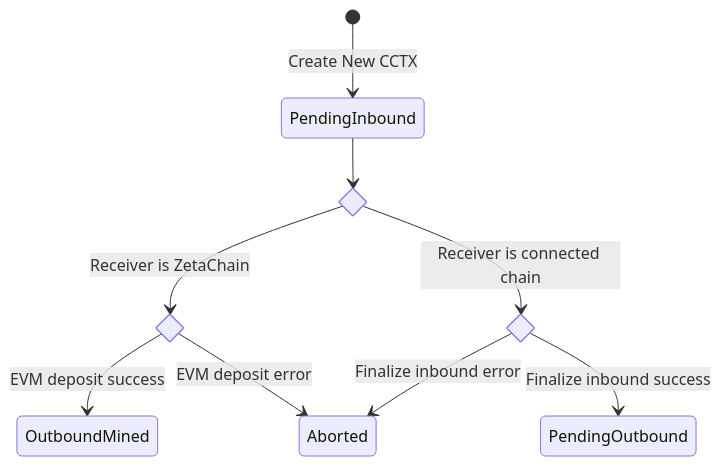
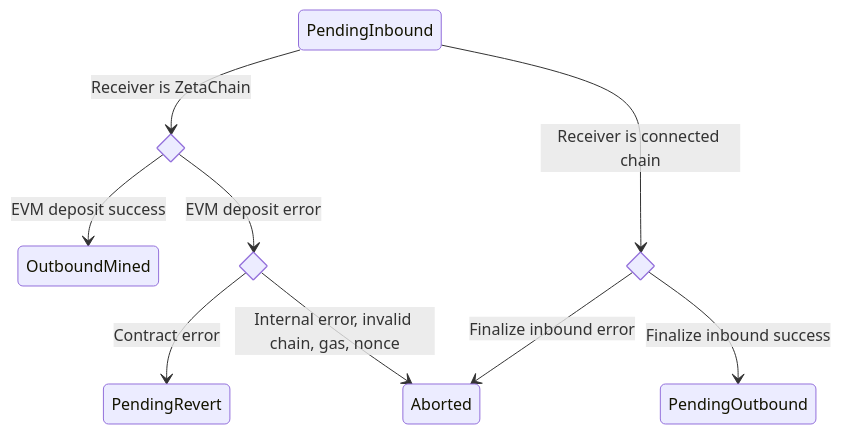
The second of 2 diagrams in docs/spec/crosschain/messages.md (zeta-chain/node), drawn with Mermaid before and after one commit. The commit also changed other lines of this file, not shown here.

Commit message:
make specs

````diff
--- a/docs/spec/crosschain/messages.md
+++ b/docs/spec/crosschain/messages.md
@@ -170,16 +168,16 @@
 ```mermaid
 stateDiagram-v2
 
-	state is_zetachain <<choice>>
 	state evm_deposit_success <<choice>>
 	state finalize_inbound <<choice>>
-	[*] --> PendingInbound: Create New CCTX
-	PendingInbound --> is_zetachain
-	is_zetachain --> evm_deposit_success: Receiver is ZetaChain
+	state evm_deposit_error <<choice>>
+	PendingInbound --> evm_deposit_success: Receiver is ZetaChain
 	evm_deposit_success --> OutboundMined: EVM deposit success
-	evm_deposit_success --> Aborted: EVM deposit error
-	is_zetachain --> finalize_inbound: Receiver is connected chain
+	evm_deposit_success --> evm_deposit_error: EVM deposit error
+	evm_deposit_error --> PendingRevert: Contract error
+	evm_deposit_error --> Aborted: Internal error, invalid chain, gas, nonce
+	PendingInbound --> finalize_inbound: Receiver is connected chain
 	finalize_inbound --> Aborted: Finalize inbound error
 	finalize_inbound --> PendingOutbound: Finalize inbound success
 
 ```
````
